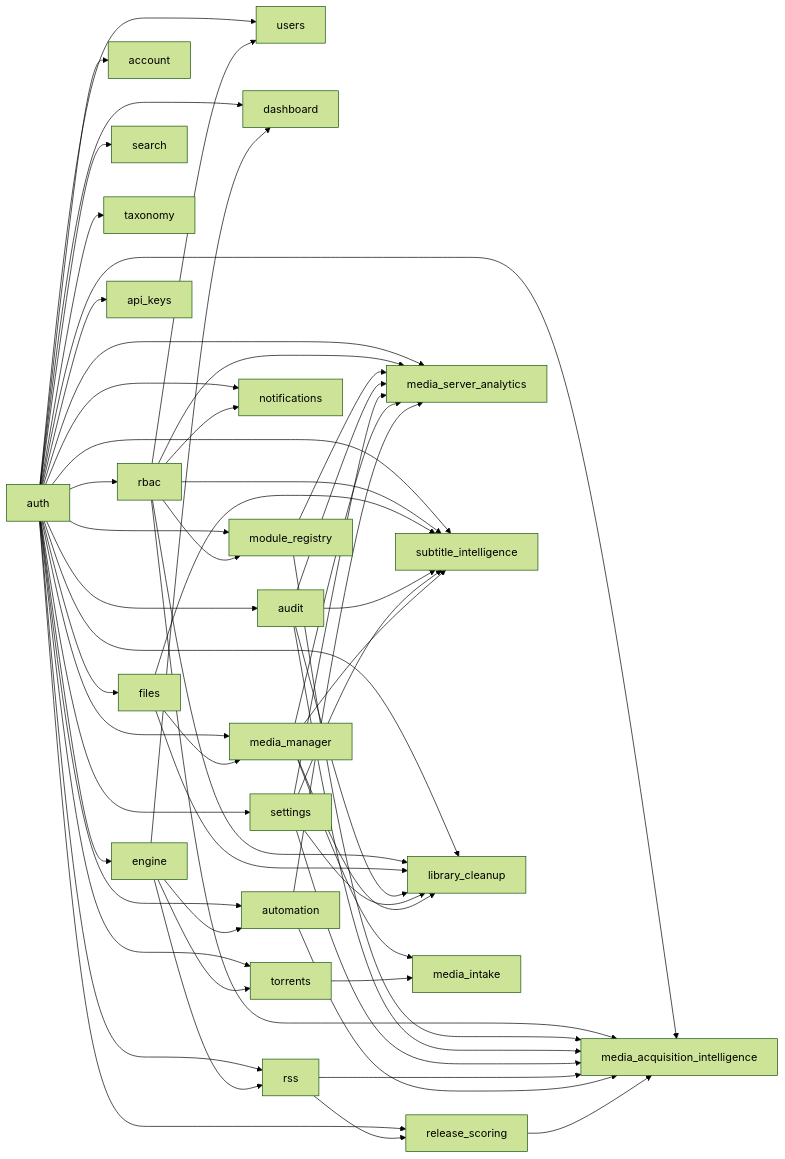
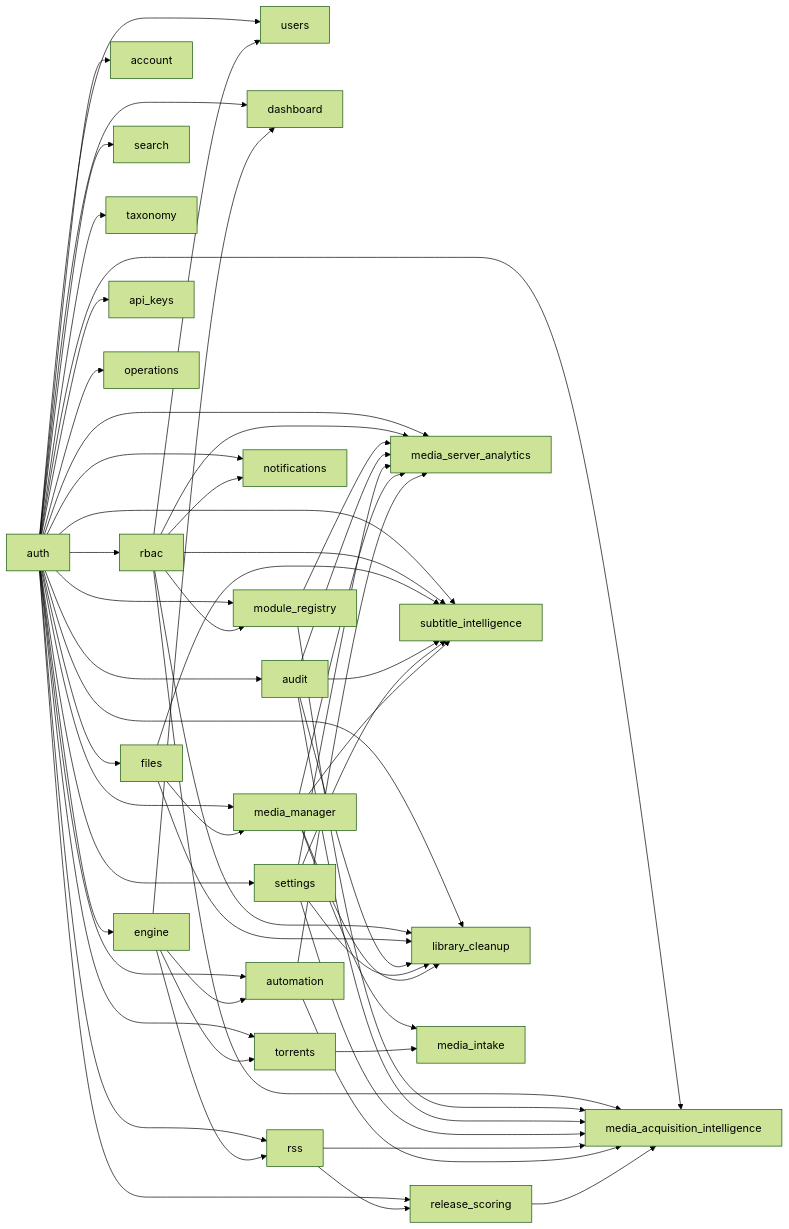
One commit to ultratorrentofficial/ultratorrent changed the diagram in website/docs/reference/modules.md. Above: the diagram before and after it, drawn with Mermaid (forest theme). The commit also changed other lines of this file and 29 other files, not shown here.

````diff
--- a/website/docs/reference/modules.md
+++ b/website/docs/reference/modules.md
@@ -25,59 +25,60 @@
 ```mermaid
 graph LR
   auth["auth"] --> rbac["rbac"]
   auth["auth"] --> account["account"]
   auth["auth"] --> users["users"]
   rbac["rbac"] --> users["users"]
   auth["auth"] --> engine["engine"]
   auth["auth"] --> dashboard["dashboard"]
   engine["engine"] --> dashboard["dashboard"]
   auth["auth"] --> torrents["torrents"]
   engine["engine"] --> torrents["torrents"]
   auth["auth"] --> search["search"]
   auth["auth"] --> taxonomy["taxonomy"]
   auth["auth"] --> rss["rss"]
   engine["engine"] --> rss["rss"]
   auth["auth"] --> automation["automation"]
   engine["engine"] --> automation["automation"]
   auth["auth"] --> files["files"]
   auth["auth"] --> api_keys["api_keys"]
   auth["auth"] --> notifications["notifications"]
   rbac["rbac"] --> notifications["notifications"]
   auth["auth"] --> audit["audit"]
   auth["auth"] --> settings["settings"]
+  auth["auth"] --> operations["operations"]
   auth["auth"] --> module_registry["module_registry"]
   rbac["rbac"] --> module_registry["module_registry"]
   auth["auth"] --> media_manager["media_manager"]
   files["files"] --> media_manager["media_manager"]
   auth["auth"] --> release_scoring["release_scoring"]
   rss["rss"] --> release_scoring["release_scoring"]
   auth["auth"] --> media_acquisition_intelligence["media_acquisition_intelligence"]
   rbac["rbac"] --> media_acquisition_intelligence["media_acquisition_intelligence"]
   module_registry["module_registry"] --> media_acquisition_intelligence["media_acquisition_intelligence"]
   audit["audit"] --> media_acquisition_intelligence["media_acquisition_intelligence"]
   settings["settings"] --> media_acquisition_intelligence["media_acquisition_intelligence"]
   rss["rss"] --> media_acquisition_intelligence["media_acquisition_intelligence"]
   automation["automation"] --> media_acquisition_intelligence["media_acquisition_intelligence"]
   release_scoring["release_scoring"] --> media_acquisition_intelligence["media_acquisition_intelligence"]
   auth["auth"] --> media_server_analytics["media_server_analytics"]
   rbac["rbac"] --> media_server_analytics["media_server_analytics"]
   module_registry["module_registry"] --> media_server_analytics["media_server_analytics"]
   audit["audit"] --> media_server_analytics["media_server_analytics"]
   settings["settings"] --> media_server_analytics["media_server_analytics"]
   media_manager["media_manager"] --> media_server_analytics["media_server_analytics"]
   automation["automation"] --> media_server_analytics["media_server_analytics"]
   auth["auth"] --> subtitle_intelligence["subtitle_intelligence"]
   rbac["rbac"] --> subtitle_intelligence["subtitle_intelligence"]
   files["files"] --> subtitle_intelligence["subtitle_intelligence"]
   audit["audit"] --> subtitle_intelligence["subtitle_intelligence"]
   settings["settings"] --> subtitle_intelligence["subtitle_intelligence"]
   media_manager["media_manager"] --> subtitle_intelligence["subtitle_intelligence"]
   auth["auth"] --> library_cleanup["library_cleanup"]
   rbac["rbac"] --> library_cleanup["library_cleanup"]
   files["files"] --> library_cleanup["library_cleanup"]
   audit["audit"] --> library_cleanup["library_cleanup"]
   settings["settings"] --> library_cleanup["library_cleanup"]
   media_manager["media_manager"] --> library_cleanup["library_cleanup"]
   media_manager["media_manager"] --> media_intake["media_intake"]
   torrents["torrents"] --> media_intake["media_intake"]
 ```
````
